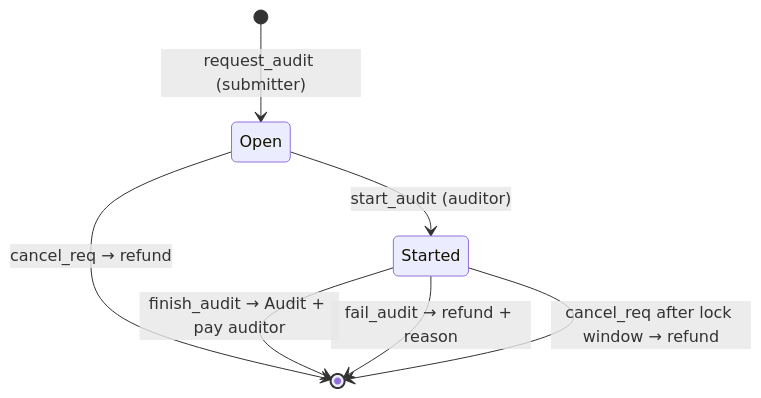
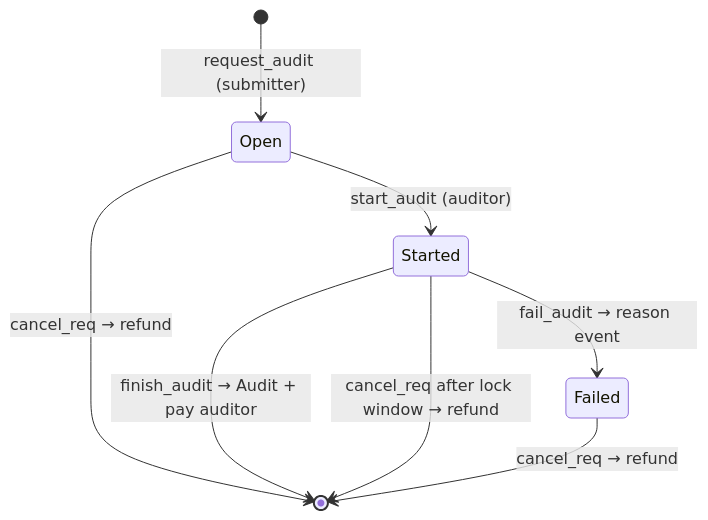
One commit to mdgeorge4153/sui-attestation-registry changed the second of 3 diagrams in claudilus/DESIGN.md. Above: the diagram before and after it, drawn with Mermaid. The commit also changed other lines of this file, not shown here.

First line of the commit message:
Revise claudilus design: SkillCap/AuditCap model, Walrus storage flow

````diff
--- a/claudilus/DESIGN.md
+++ b/claudilus/DESIGN.md
@@ -178,9 +211,10 @@
 ```mermaid
 stateDiagram-v2
     [*] --> Open: request_audit (submitter)
     Open --> Started: start_audit (auditor)
+    Started --> Failed: fail_audit → reason event
     Open --> [*]: cancel_req → refund
     Started --> [*]: finish_audit → Audit + pay auditor
-    Started --> [*]: fail_audit → refund + reason
     Started --> [*]: cancel_req after lock window → refund
+    Failed --> [*]: cancel_req → refund
 ```
````
